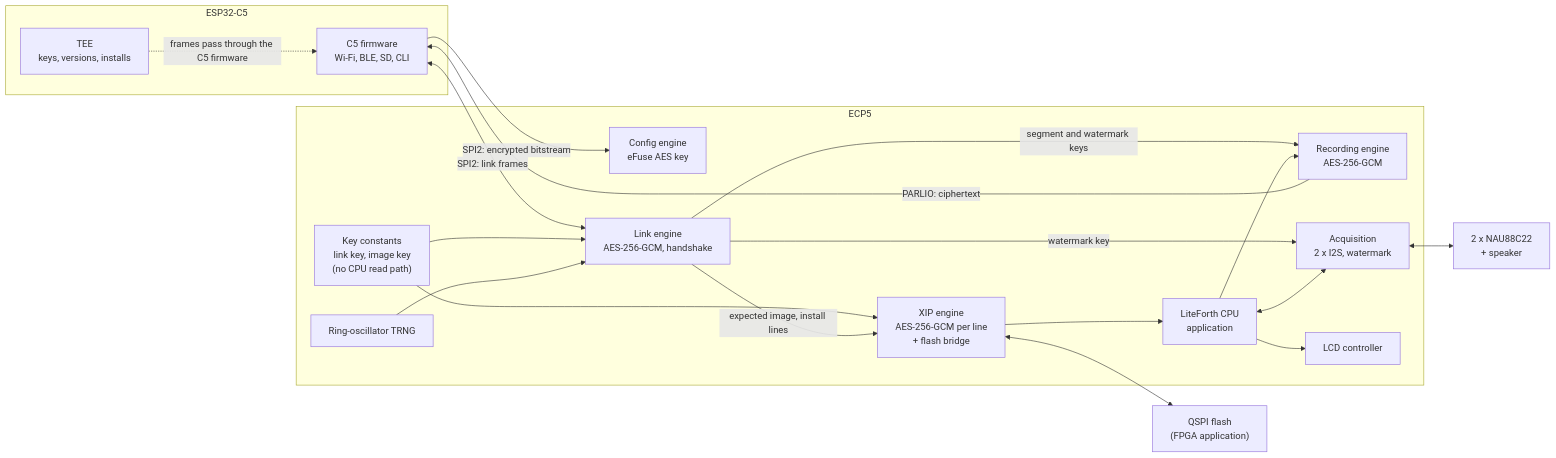
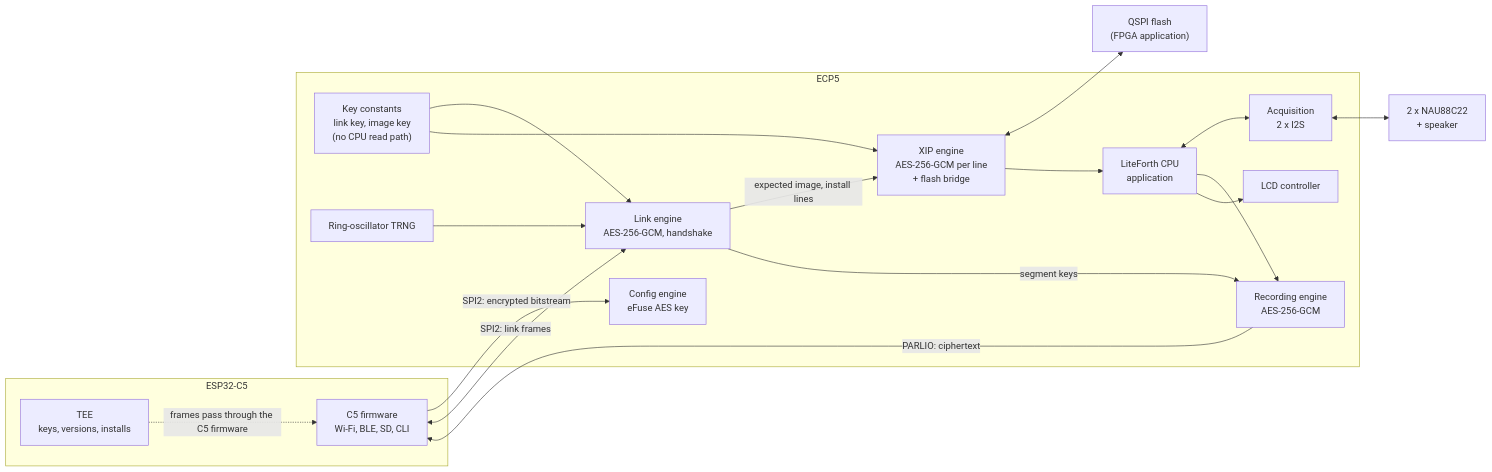
One commit to bradleyeckert/thriller changed the diagram in doc/fpga.md. Above: the diagram before and after it, drawn with Mermaid. The commit also changed other lines of this file and 9 other files, not shown here.

````diff
--- a/doc/fpga.md
+++ b/doc/fpga.md
@@ -10,36 +10,35 @@
 ```mermaid
 flowchart LR
   subgraph C5["ESP32-C5"]
     TEE["TEE<br/>keys, versions, installs"]
     REE["C5 firmware<br/>Wi-Fi, BLE, SD, CLI"]
   end
   subgraph ECP5["ECP5"]
     CFG["Config engine<br/>eFuse AES key"]
     KEYS["Key constants<br/>link key, image key<br/>(no CPU read path)"]
     LINK["Link engine<br/>AES-256-GCM, handshake"]
     TRNG["Ring-oscillator TRNG"]
     XIP["XIP engine<br/>AES-256-GCM per line<br/>+ flash bridge"]
     CPU["LiteForth CPU<br/>application"]
     REC["Recording engine<br/>AES-256-GCM"]
-    ACQ["Acquisition<br/>2 x I2S, watermark"]
+    ACQ["Acquisition<br/>2 x I2S"]
     LCD["LCD controller"]
   end
   FL["QSPI flash<br/>(FPGA application)"]
   COD["2 x NAU88C22<br/>+ speaker"]
   REE -->|"SPI2: encrypted bitstream"| CFG
   REE <-->|"SPI2: link frames"| LINK
   TEE -.->|"frames pass through the C5 firmware"| REE
   KEYS --> LINK
   KEYS --> XIP
   TRNG --> LINK
   LINK -->|"expected image, install lines"| XIP
-  LINK -->|"segment and watermark keys"| REC
-  LINK -->|"watermark key"| ACQ
+  LINK -->|"segment keys"| REC
   XIP <--> FL
   XIP --> CPU
   CPU <--> ACQ
   CPU --> REC
   CPU --> LCD
   ACQ <--> COD
   REC -->|"PARLIO: ciphertext"| REE
 ```
````
